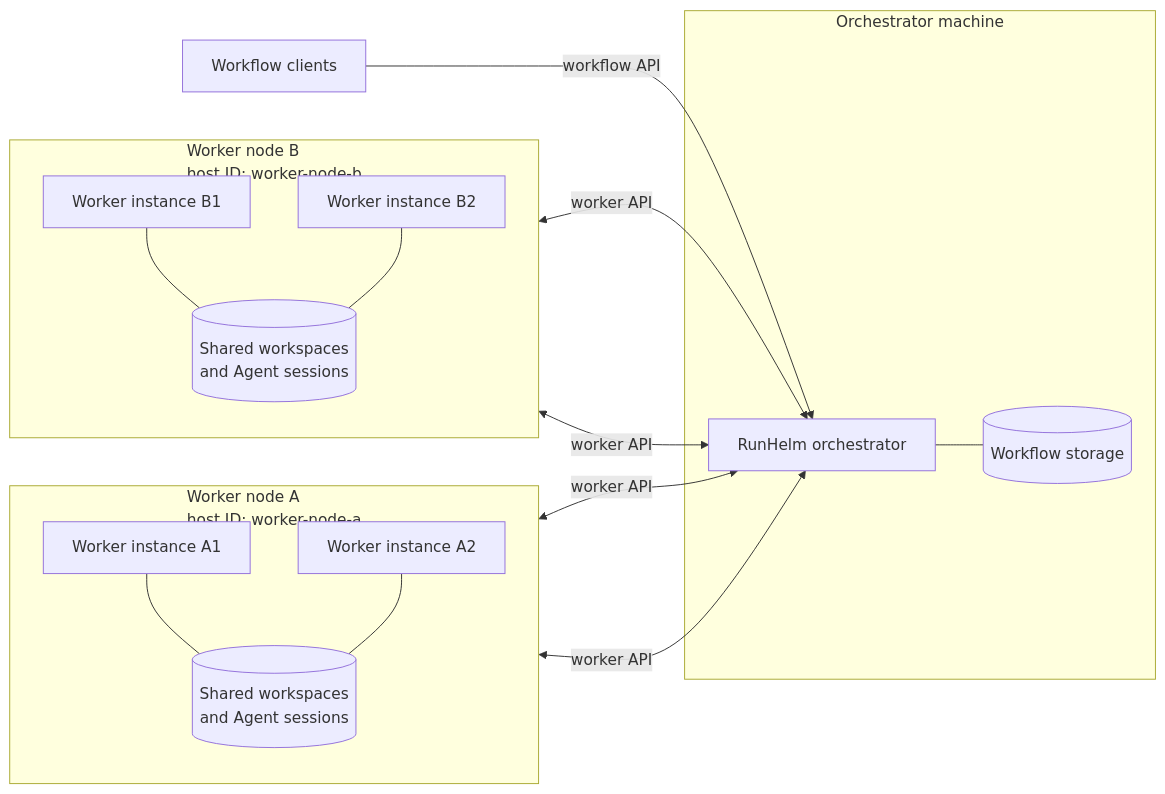
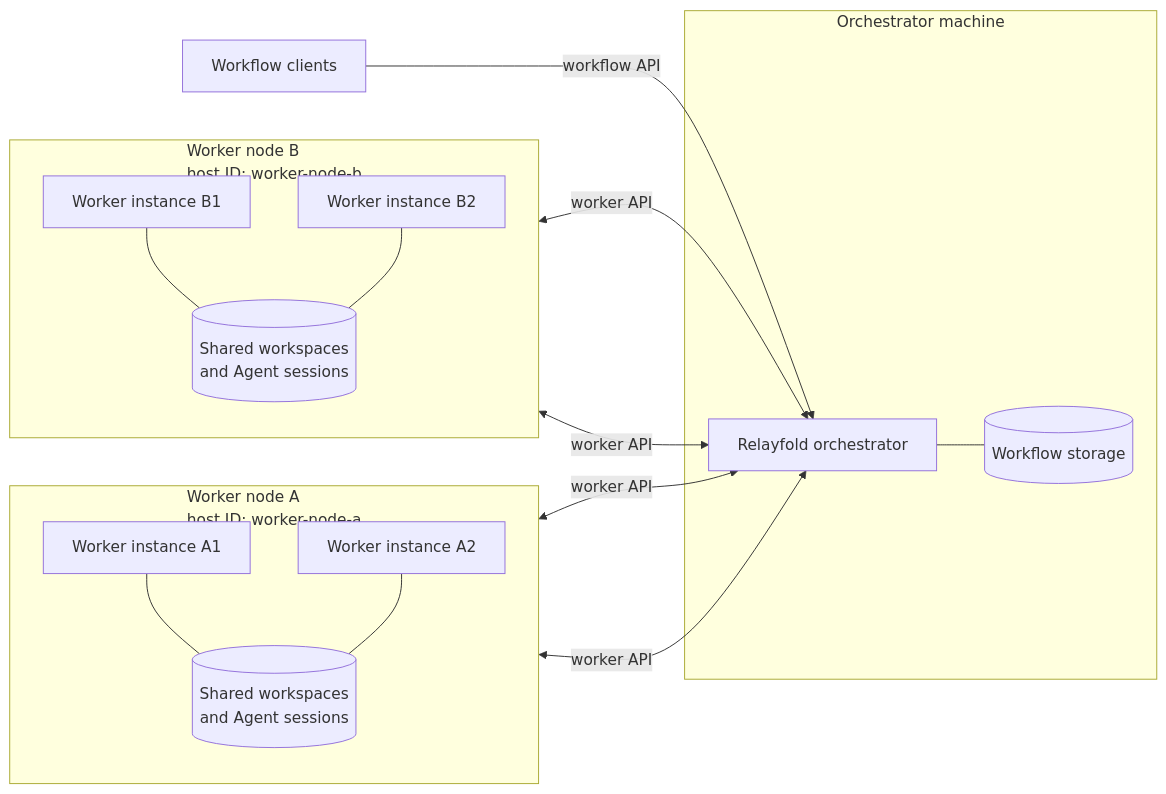
Before and after one commit to markosski/relayfold: the diagram in website/src/content/docs/docs/operations/scaling.md, drawn with Mermaid. The commit also changed other lines of this file and 135 other files, not shown here.

```diff
--- a/website/src/content/docs/docs/operations/scaling.md
+++ b/website/src/content/docs/docs/operations/scaling.md
@@ -21,34 +21,34 @@
 <pre class="mermaid">
 flowchart LR
     C["Workflow clients"]
 
     subgraph OM["Orchestrator machine"]
-        O["RunHelm orchestrator"]
+        O["Relayfold orchestrator"]
         S[("Workflow storage")]
         O --- S
     end
 
     subgraph WNA["Worker node A<br/>host ID: worker-node-a"]
         direction TB
         A1["Worker instance A1"]
         A2["Worker instance A2"]
         AS[("Shared workspaces<br/>and Agent sessions")]
         A1 --- AS
         A2 --- AS
     end
 
     subgraph WNB["Worker node B<br/>host ID: worker-node-b"]
         direction TB
         B1["Worker instance B1"]
         B2["Worker instance B2"]
         BS[("Shared workspaces<br/>and Agent sessions")]
         B1 --- BS
         B2 --- BS
     end
 
     C -->|"workflow API"| O
     A1 <-->|"worker API"| O
     A2 <-->|"worker API"| O
     B1 <-->|"worker API"| O
     B2 <-->|"worker API"| O
 </pre>
```
